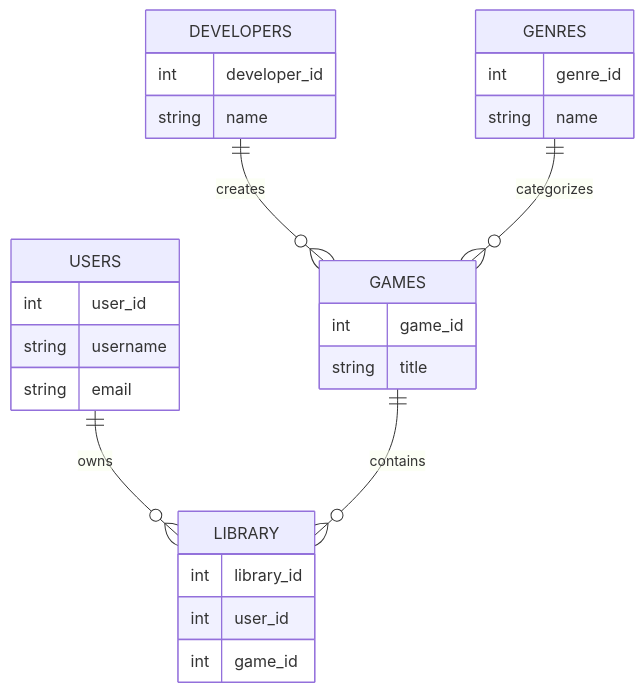
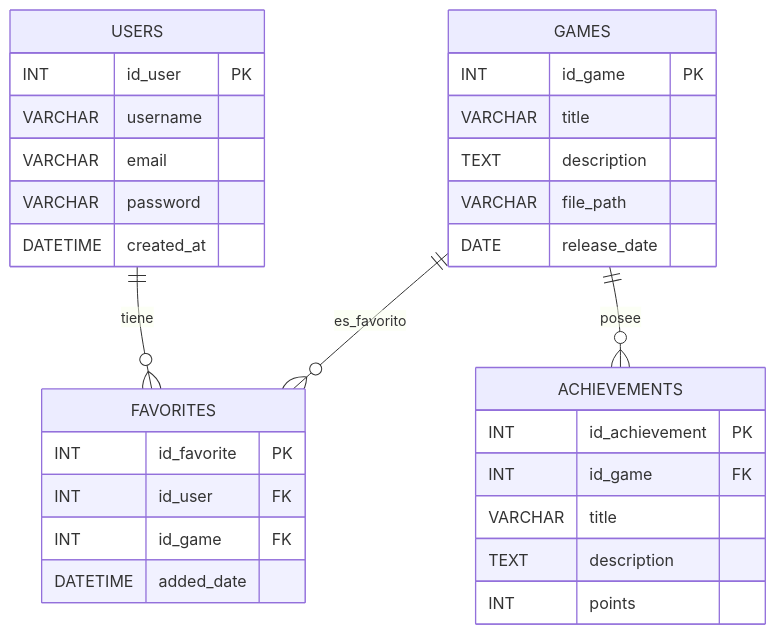
One commit to dedotes-san/Los-gargamelitos changed the diagram in docs/erd_diagram.md. Above: the diagram before and after it, drawn with Mermaid. The commit also changed other lines of this file, not shown here.

````diff
--- a/docs/erd_diagram.md
+++ b/docs/erd_diagram.md
@@ -3,35 +3,38 @@
 ```mermaid
 erDiagram
 
-USERS ||--o{ LIBRARY : owns
-GAMES ||--o{ LIBRARY : contains
-DEVELOPERS ||--o{ GAMES : creates
-GENRES ||--o{ GAMES : categorizes
+    USERS {
+        INT id_user PK
+        VARCHAR username
+        VARCHAR email
+        VARCHAR password
+        DATETIME created_at
+    }
 
-USERS {
-int user_id
-string username
-string email
-}
+    GAMES {
+        INT id_game PK
+        VARCHAR title
+        TEXT description
+        VARCHAR file_path
+        DATE release_date
+    }
 
-GAMES {
-int game_id
-string title
-}
+    FAVORITES {
+        INT id_favorite PK
+        INT id_user FK
+        INT id_game FK
+        DATETIME added_date
+    }
 
-DEVELOPERS {
-int developer_id
-string name
-}
+    ACHIEVEMENTS {
+        INT id_achievement PK
+        INT id_game FK
+        VARCHAR title
+        TEXT description
+        INT points
+    }
 
-GENRES {
-int genre_id
-string name
-}
-
-LIBRARY {
-int library_id
-int user_id
-int game_id
-}
+    USERS ||--o{ FAVORITES : tiene
+    GAMES ||--o{ FAVORITES : es_favorito
+    GAMES ||--o{ ACHIEVEMENTS : posee
 ```
````
